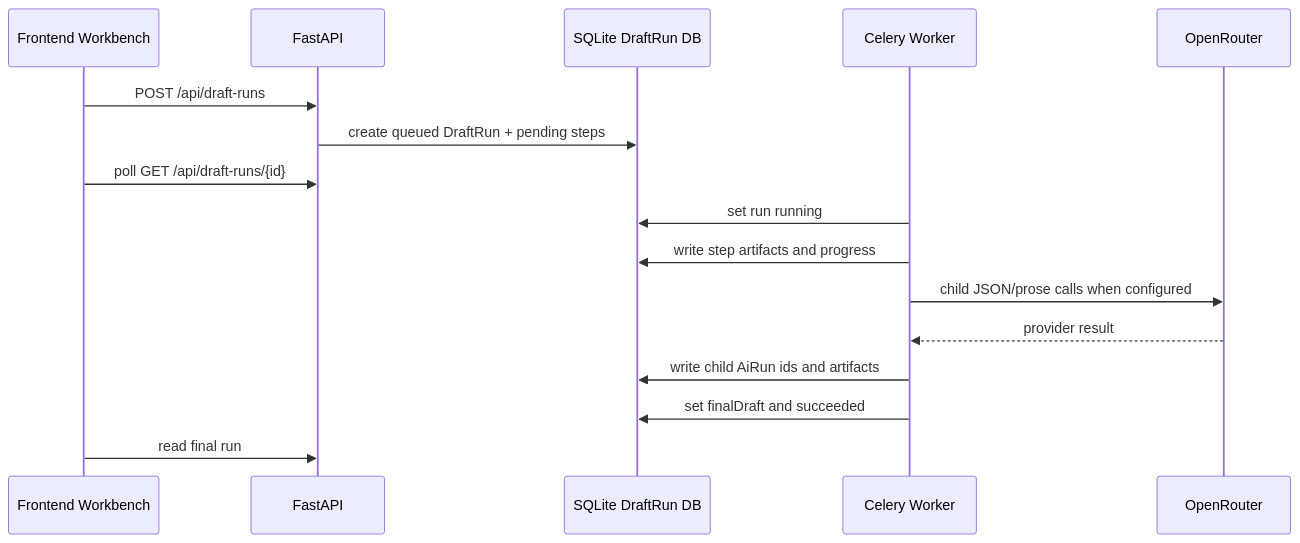
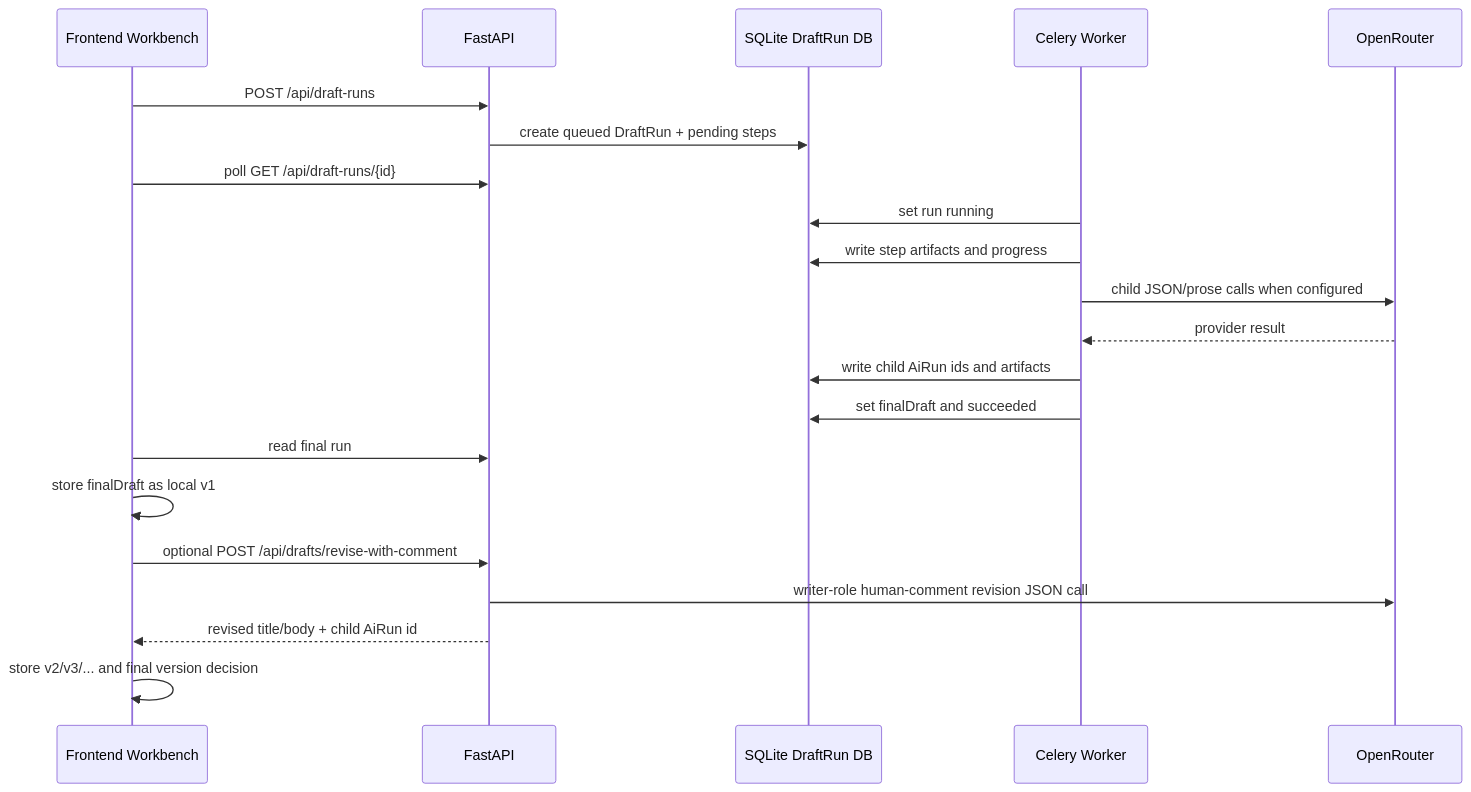
One commit to mudrezzz/glavred changed the first of 4 diagrams in docs/architecture/DRAFT_RUN_PIPELINE_AS_IS.md. Above: the diagram before and after it, drawn with Mermaid. The commit also changed other lines of this file and 35 other files, not shown here.

````diff
--- a/docs/architecture/DRAFT_RUN_PIPELINE_AS_IS.md
+++ b/docs/architecture/DRAFT_RUN_PIPELINE_AS_IS.md
@@ -41,19 +43,24 @@
 ```mermaid
 sequenceDiagram
   participant UI as Frontend Workbench
   participant API as FastAPI
   participant DB as SQLite DraftRun DB
   participant Worker as Celery Worker
   participant OR as OpenRouter
 
   UI->>API: POST /api/draft-runs
   API->>DB: create queued DraftRun + pending steps
   UI->>API: poll GET /api/draft-runs/{id}
   Worker->>DB: set run running
   Worker->>DB: write step artifacts and progress
   Worker->>OR: child JSON/prose calls when configured
   OR-->>Worker: provider result
   Worker->>DB: write child AiRun ids and artifacts
   Worker->>DB: set finalDraft and succeeded
   UI->>API: read final run
+  UI->>UI: store finalDraft as local v1
+  UI->>API: optional POST /api/drafts/revise-with-comment
+  API->>OR: writer-role human-comment revision JSON call
+  API-->>UI: revised title/body + child AiRun id
+  UI->>UI: store v2/v3/... and final version decision
 ```
````
